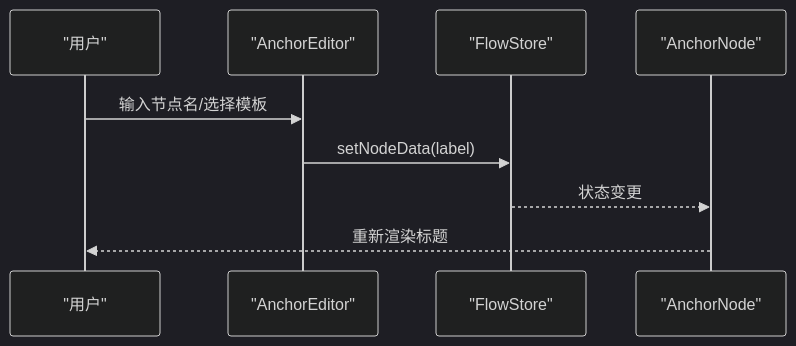
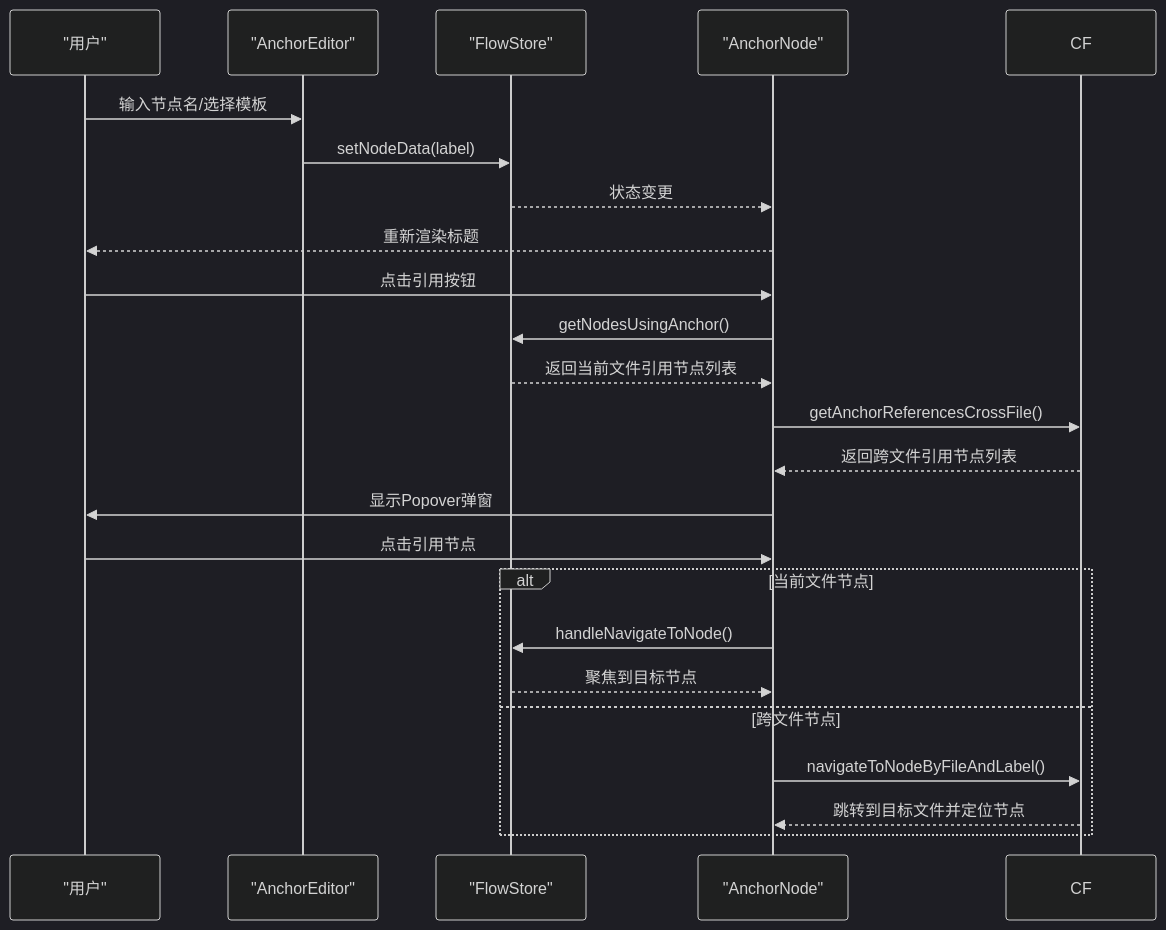
Before and after one commit to kqcoxn/MaaPipelineEditor: the sixth of 11 diagrams in .qoder/repowiki/zh/content/核心概念/节点系统/Anchor节点.md, drawn with Mermaid (dark theme). The commit also changed other lines of this file and 19 other files, not shown here.

````diff
--- a/.qoder/repowiki/zh/content/核心概念/节点系统/Anchor节点.md
+++ b/.qoder/repowiki/zh/content/核心概念/节点系统/Anchor节点.md
@@ -223,11 +319,25 @@
 ```mermaid
 sequenceDiagram
 participant U as "用户"
 participant AE as "AnchorEditor"
 participant FS as "FlowStore"
 participant AN as "AnchorNode"
 U->>AE : 输入节点名/选择模板
 AE->>FS : setNodeData(label)
 FS-->>AN : 状态变更
 AN-->>U : 重新渲染标题
+U->>AN : 点击引用按钮
+AN->>FS : getNodesUsingAnchor()
+FS-->>AN : 返回当前文件引用节点列表
+AN->>CF : getAnchorReferencesCrossFile()
+CF-->>AN : 返回跨文件引用节点列表
+AN->>U : 显示Popover弹窗
+U->>AN : 点击引用节点
+alt 当前文件节点
+AN->>FS : handleNavigateToNode()
+FS-->>AN : 聚焦到目标节点
+else 跨文件节点
+AN->>CF : navigateToNodeByFileAndLabel()
+CF-->>AN : 跳转到目标文件并定位节点
+end
 ```
````
